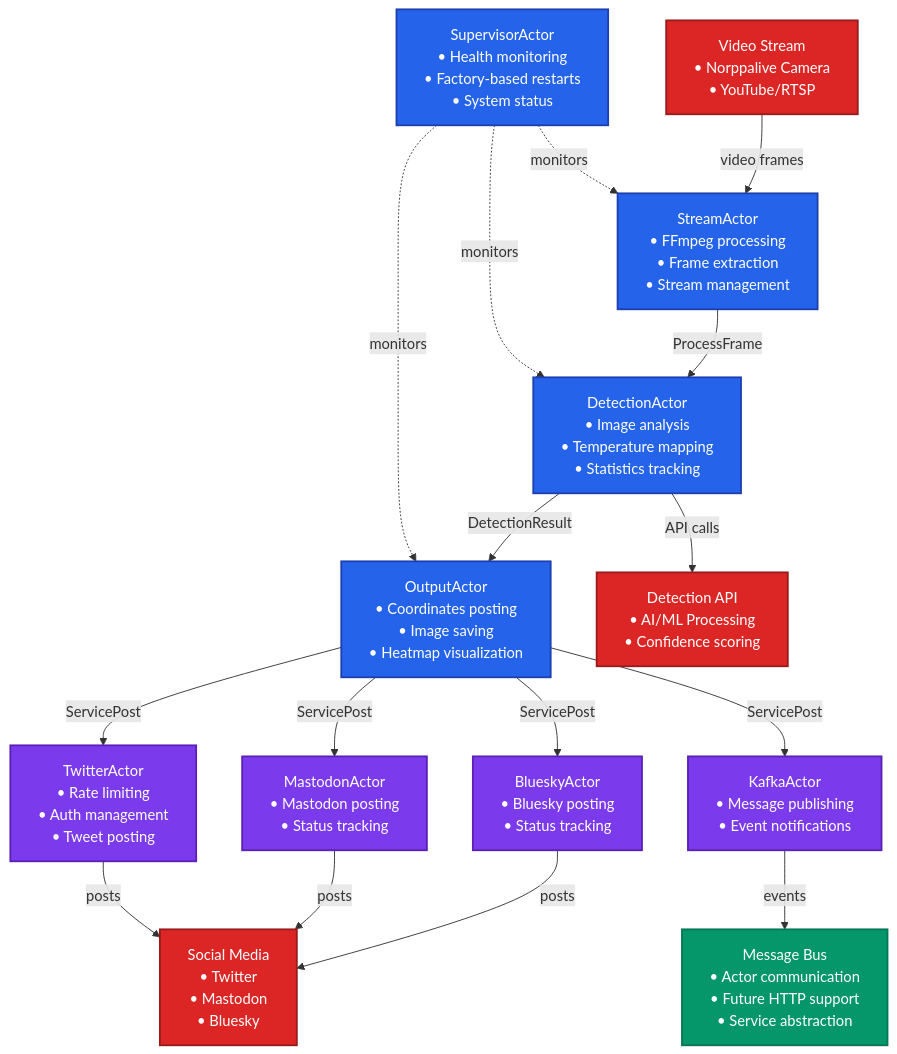
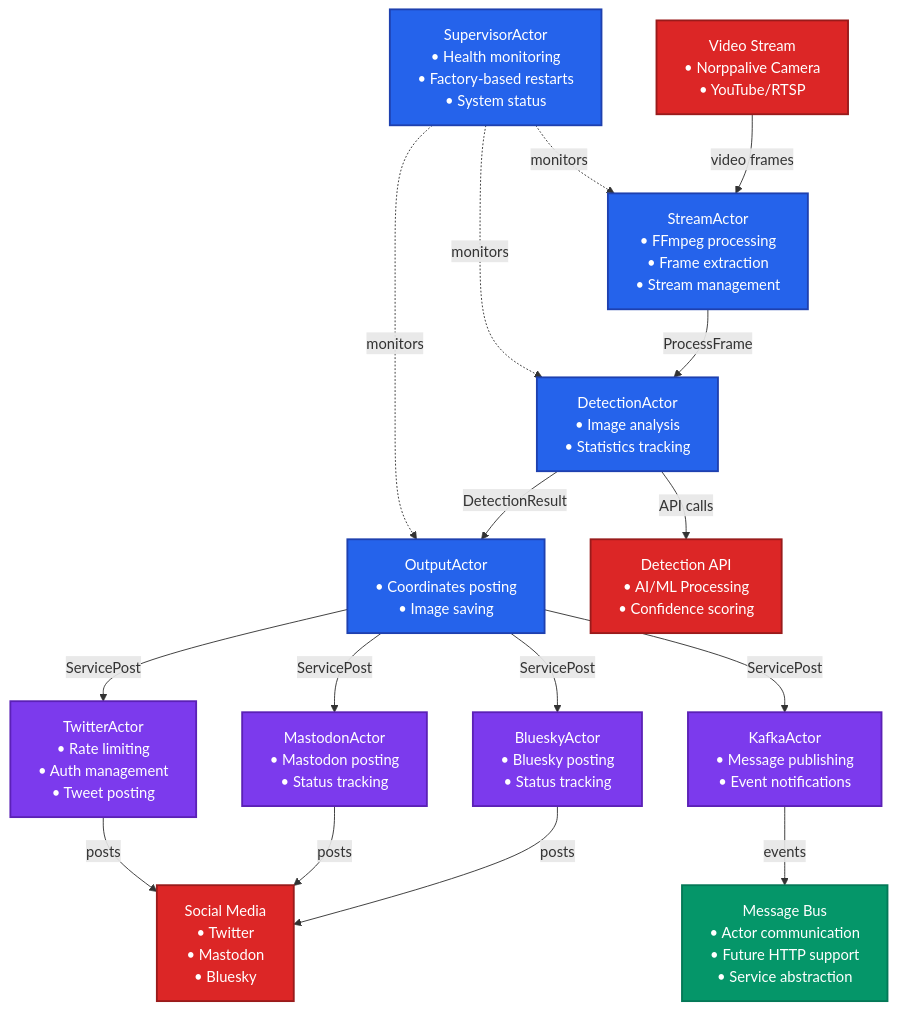
One commit to Dilaz/norppalive_service changed the diagram in README.md. Above: the diagram before and after it, drawn with Mermaid. The commit also changed other lines of this file and 14 other files, not shown here.

First line of the commit message:
refactor: remove dead heatmap/temperature_map subsystem

````diff
--- a/README.md
+++ b/README.md
@@ -22,53 +22,53 @@
 ```mermaid
 graph TB
     %% Core Actors
     Supervisor[SupervisorActor<br/>• Health monitoring<br/>• Factory-based restarts<br/>• System status]
     Stream[StreamActor<br/>• FFmpeg processing<br/>• Frame extraction<br/>• Stream management]
-    Detection[DetectionActor<br/>• Image analysis<br/>• Temperature mapping<br/>• Statistics tracking]
-    Output[OutputActor<br/>• Coordinates posting<br/>• Image saving<br/>• Heatmap visualization]
+    Detection[DetectionActor<br/>• Image analysis<br/>• Statistics tracking]
+    Output[OutputActor<br/>• Coordinates posting<br/>• Image saving]
     
     %% Service Actors
     Twitter[TwitterActor<br/>• Rate limiting<br/>• Auth management<br/>• Tweet posting]
     Mastodon[MastodonActor<br/>• Mastodon posting<br/>• Status tracking]
     Bluesky[BlueskyActor<br/>• Bluesky posting<br/>• Status tracking]
     Kafka[KafkaActor<br/>• Message publishing<br/>• Event notifications]
     
     %% Message Bus
     MessageBus[Message Bus<br/>• Actor communication<br/>• Future HTTP support<br/>• Service abstraction]
     
     %% External Systems
     API[Detection API<br/>• AI/ML Processing<br/>• Confidence scoring]
     StreamSource[Video Stream<br/>• Norppalive Camera<br/>• YouTube/RTSP]
     SocialMedia[Social Media<br/>• Twitter<br/>• Mastodon<br/>• Bluesky]
     
     %% Message Flow
     Supervisor -.->|monitors| Stream
     Supervisor -.->|monitors| Detection
     Supervisor -.->|monitors| Output
     
     StreamSource -->|video frames| Stream
     Stream -->|ProcessFrame| Detection
     Detection -->|DetectionResult| Output
     Detection -->|API calls| API
     
     Output -->|ServicePost| Twitter
     Output -->|ServicePost| Mastodon
     Output -->|ServicePost| Bluesky
     Output -->|ServicePost| Kafka
     
     Twitter -->|posts| SocialMedia
     Mastodon -->|posts| SocialMedia
     Bluesky -->|posts| SocialMedia
     Kafka -->|events| MessageBus
     
     %% Styling - Dark mode friendly colors
     classDef actor fill:#2563eb,stroke:#1e40af,stroke-width:2px,color:#ffffff
     classDef service fill:#7c3aed,stroke:#5b21b6,stroke-width:2px,color:#ffffff
     classDef external fill:#dc2626,stroke:#991b1b,stroke-width:2px,color:#ffffff
     classDef system fill:#059669,stroke:#047857,stroke-width:2px,color:#ffffff
     
     class Supervisor,Stream,Detection,Output actor
     class Twitter,Mastodon,Bluesky,Kafka service
     class API,StreamSource,SocialMedia external
     class MessageBus system
 ```
````
